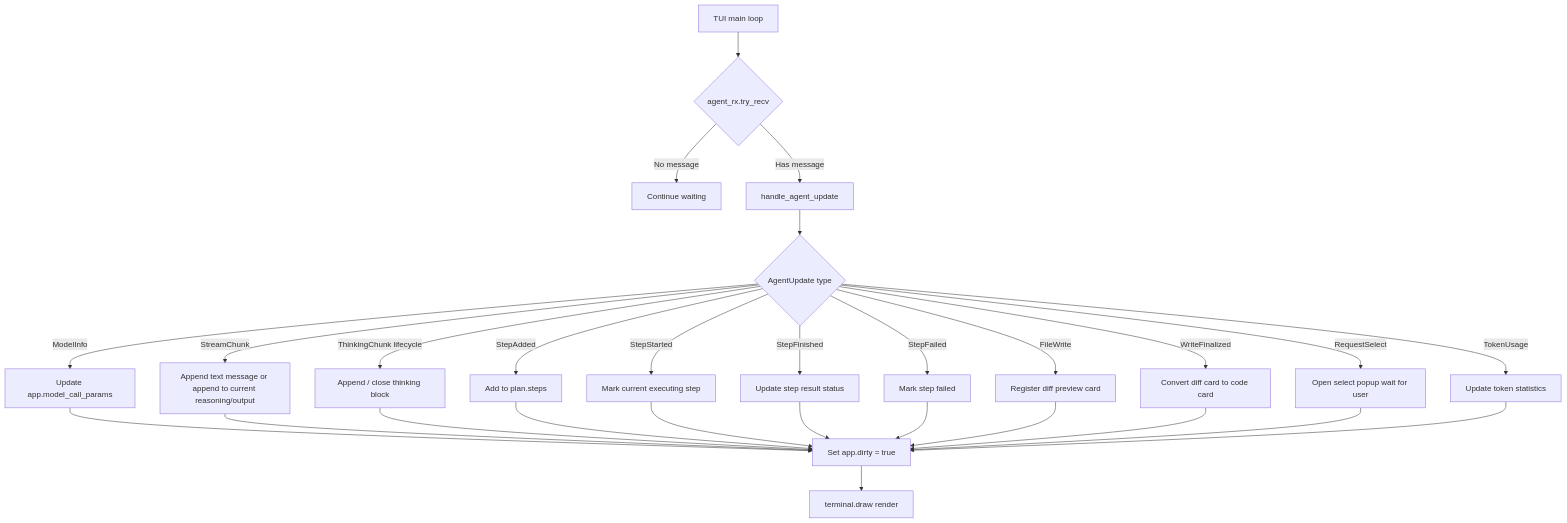
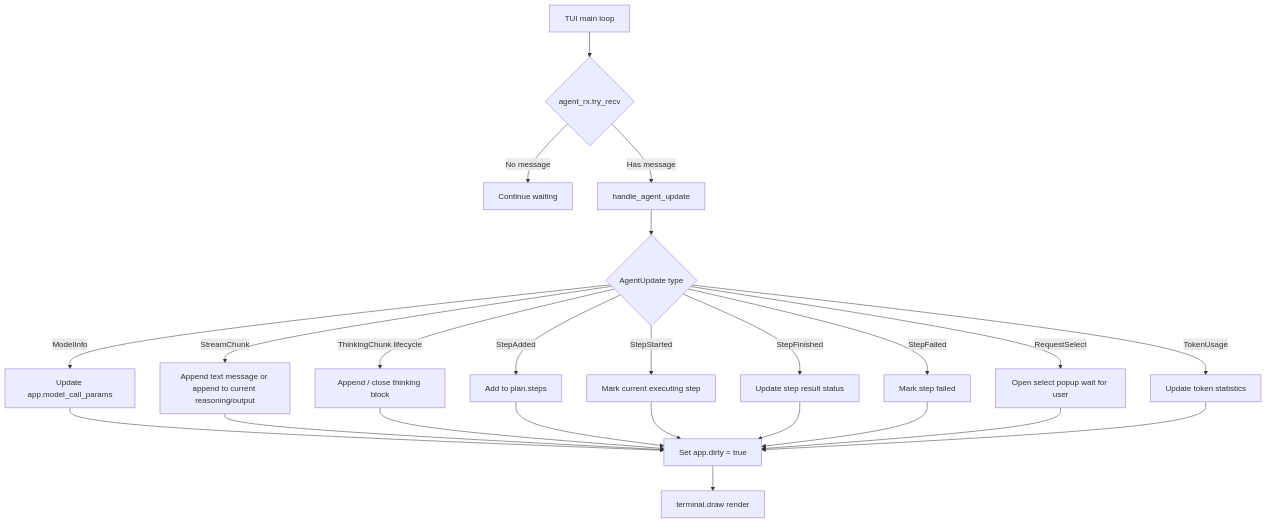
One commit to rust-infra/tact changed the fourth of 4 diagrams in docs/batch_tools_flow.md. Above: the diagram before and after it, drawn with Mermaid. The commit also changed other lines of this file and 29 other files, not shown here.

````diff
--- a/docs/batch_tools_flow.md
+++ b/docs/batch_tools_flow.md
@@ -176,34 +123,30 @@
 ```mermaid
 flowchart TD
     A[TUI main loop] --> B{agent_rx.try_recv}
     B -->|No message| C[Continue waiting]
     B -->|Has message| D[handle_agent_update]
 
     D --> E{AgentUpdate type}
 
     E -->|ModelInfo| F[Update app.model_call_params]
     E -->|StreamChunk| G[Append text message or append to current reasoning/output]
     E -->|ThinkingChunk lifecycle| H[Append / close thinking block]
     E -->|StepAdded| I[Add to plan.steps]
     E -->|StepStarted| J[Mark current executing step]
     E -->|StepFinished| K[Update step result status]
     E -->|StepFailed| L[Mark step failed]
-    E -->|FileWrite| M[Register diff preview card]
-    E -->|WriteFinalized| N[Convert diff card to code card]
     E -->|RequestSelect| O[Open select popup wait for user]
     E -->|TokenUsage| P[Update token statistics]
 
     F --> Q[Set app.dirty = true]
     G --> Q
     H --> Q
     I --> Q
     J --> Q
     K --> Q
     L --> Q
-    M --> Q
-    N --> Q
     O --> Q
     P --> Q
 
     Q --> R[terminal.draw render]
 ```
````
